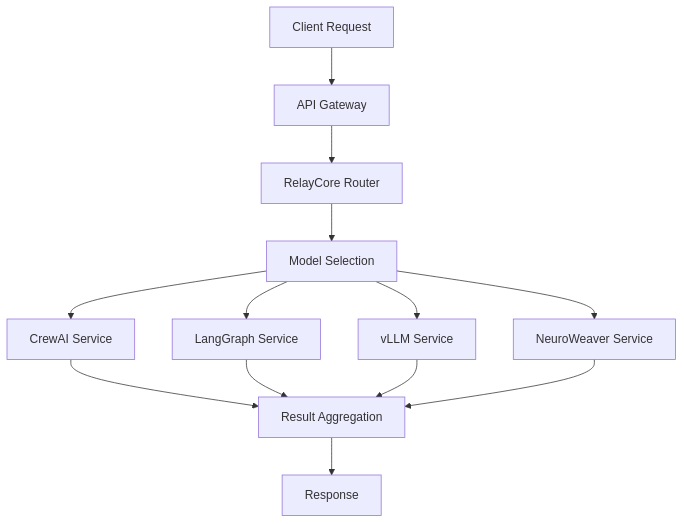
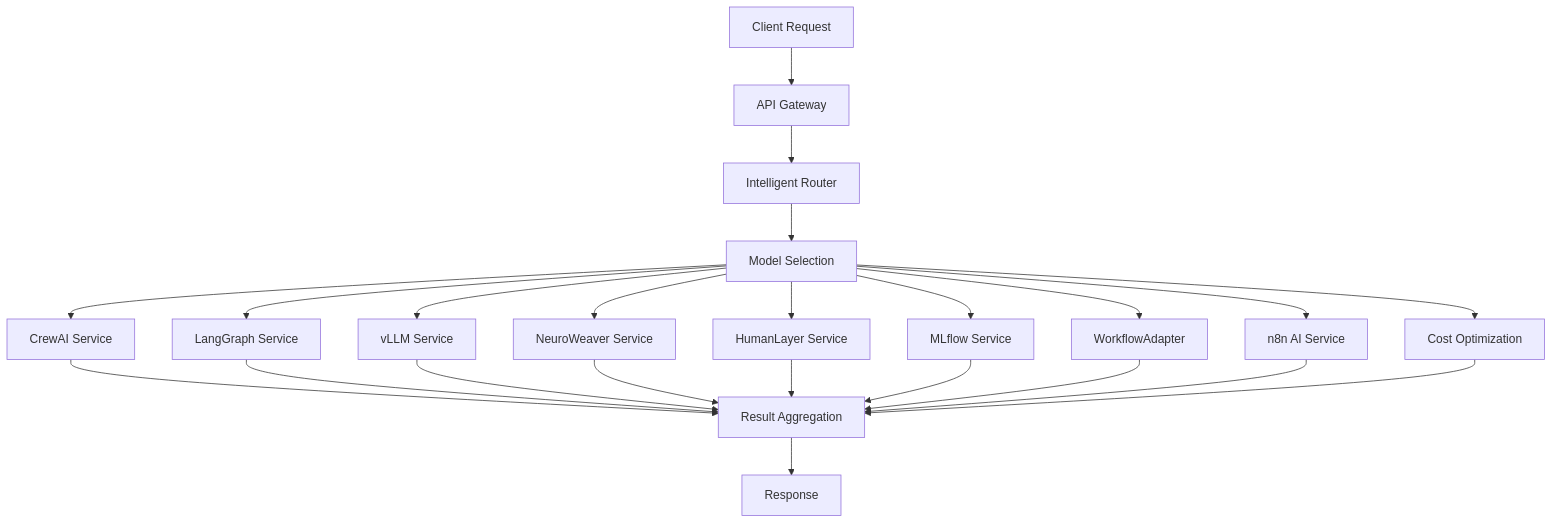
Before and after one commit to toobutta/Auterity-Dream: the diagram in docs/AI_SERVICES_INTEGRATION.md, drawn with Mermaid. The commit also changed other lines of this file and 5 other files, not shown here.

````diff
--- a/docs/AI_SERVICES_INTEGRATION.md
+++ b/docs/AI_SERVICES_INTEGRATION.md
@@ -21,15 +27,25 @@
 ```mermaid
 graph TD
     A[Client Request] --> B[API Gateway]
-    B --> C[RelayCore Router]
+    B --> C[Intelligent Router]
     C --> D[Model Selection]
     D --> E[CrewAI Service]
     D --> F[LangGraph Service]
     D --> G[vLLM Service]
     D --> H[NeuroWeaver Service]
-    E --> I[Result Aggregation]
-    F --> I
-    G --> I
-    H --> I
-    I --> J[Response]
+    D --> I[HumanLayer Service]
+    D --> J[MLflow Service]
+    D --> K[WorkflowAdapter]
+    D --> L[n8n AI Service]
+    D --> M[Cost Optimization]
+    E --> N[Result Aggregation]
+    F --> N
+    G --> N
+    H --> N
+    I --> N
+    J --> N
+    K --> N
+    L --> N
+    M --> N
+    N --> O[Response]
 ```
````
